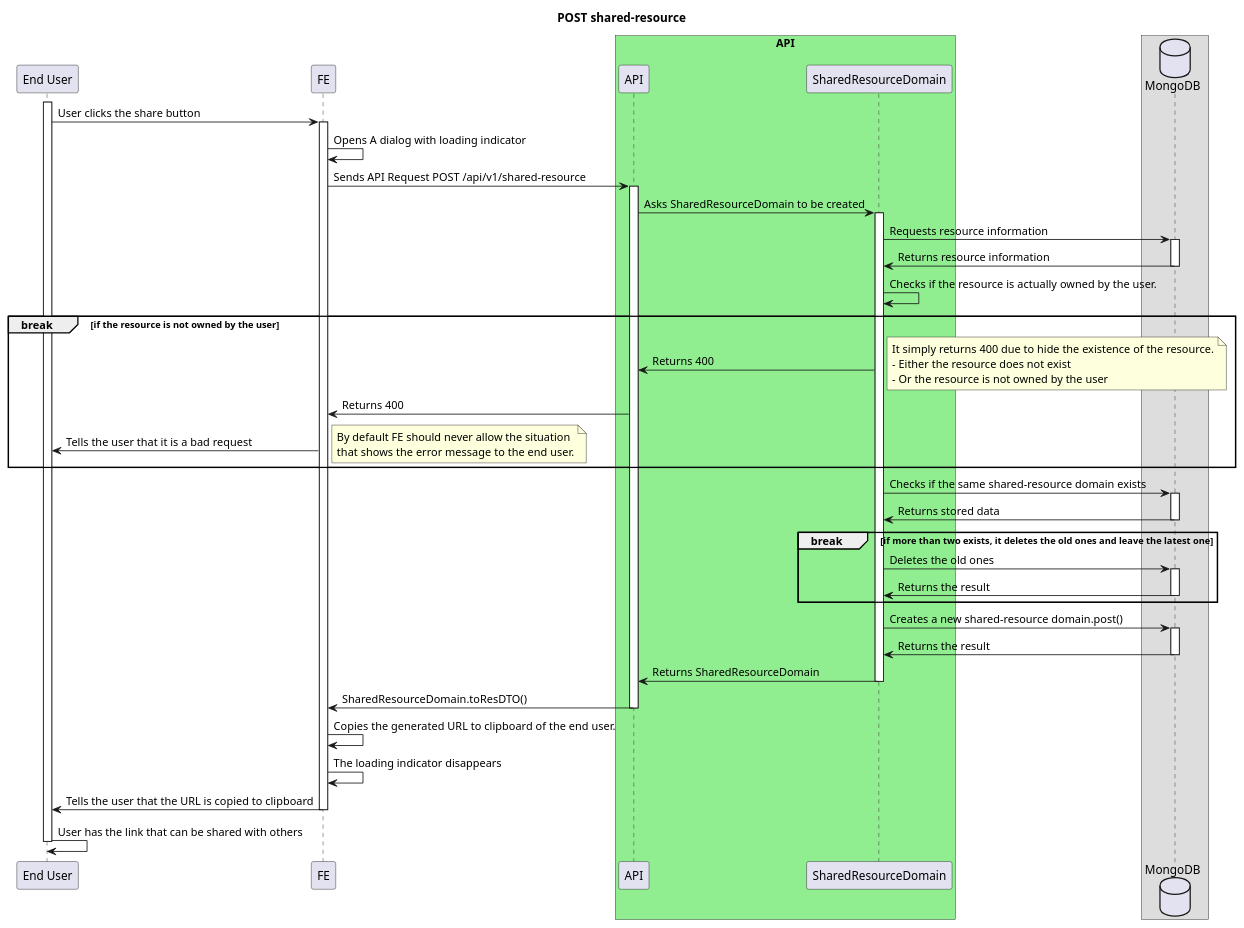
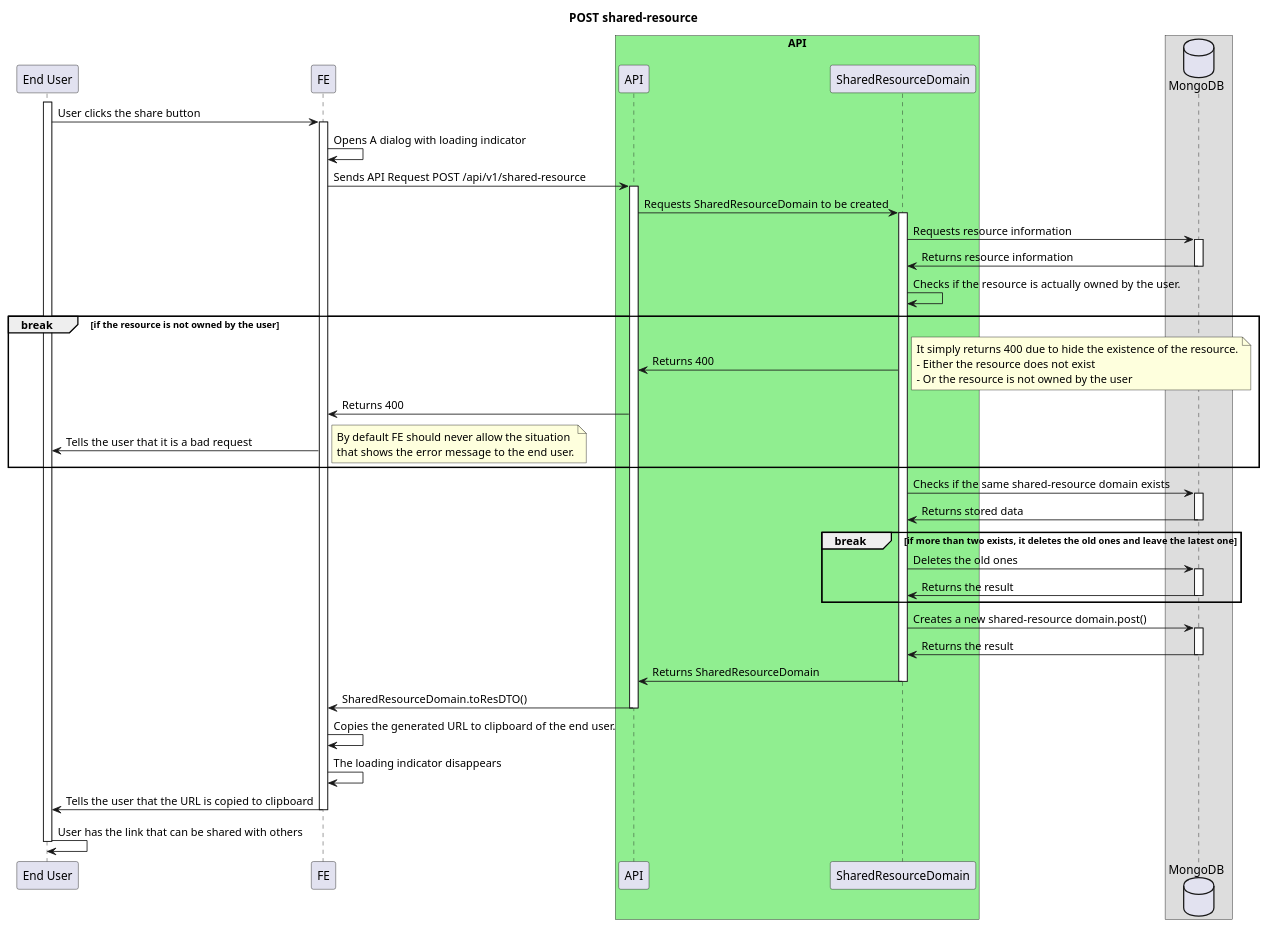
One commit to ajktown/docs changed the first of 2 diagrams in api/share-feature.md. Above: the diagram before and after it, drawn with PlantUML. The commit also changed other lines of this file, not shown here.

Commit message:
doc: get shared resoure

````diff
--- a/api/share-feature.md
+++ b/api/share-feature.md
@@ -20,68 +20,68 @@
 ```plantuml
 
 @startuml
 
 title POST shared-resource
 
 participant "End User" as user
 participant "FE" as fe
 box "API" #Lightgreen
   participant "API" as api
   participant "SharedResourceDomain" as domain
 box
 database "MongoDB" as db
 
 activate user
   user -> fe: User clicks the share button
   activate fe
     fe -> fe: Opens A dialog with loading indicator
     fe -> api: Sends API Request POST /api/v1/shared-resource
     activate api
-      api -> domain: Asks SharedResourceDomain to be created
+      api -> domain: Requests SharedResourceDomain to be created
       activate domain
         domain -> db: Requests resource information
         activate db
           domain <- db: Returns resource information
         deactivate db
         domain -> domain: Checks if the resource is actually owned by the user.
         break if the resource is not owned by the user
           api <- domain: Returns 400
           note right
             It simply returns 400 due to hide the existence of the resource.
             - Either the resource does not exist
             - Or the resource is not owned by the user
           end note
           fe <- api: Returns 400
           user <- fe: Tells the user that it is a bad request
           note right
             By default FE should never allow the situation
             that shows the error message to the end user.
           end note
         end break
         domain -> db: Checks if the same shared-resource domain exists
         activate db
           domain <- db: Returns stored data
         deactivate db
         break if more than two exists, it deletes the old ones and leave the latest one
           domain -> db: Deletes the old ones
           activate db
             domain <- db: Returns the result
           deactivate db
         end break
         domain -> db: Creates a new shared-resource domain.post()
         activate db
           domain <- db: Returns the result
         deactivate db
         api <- domain: Returns SharedResourceDomain
       deactivate domain
       fe <- api: SharedResourceDomain.toResDTO()
     deactivate api
   fe -> fe: Copies the generated URL to clipboard of the end user.
   fe -> fe: The loading indicator disappears
   user <- fe: Tells the user that the URL is copied to clipboard
   deactivate fe
   user -> user: User has the link that can be shared with others
 deactivate user
 
 
 ```
````
